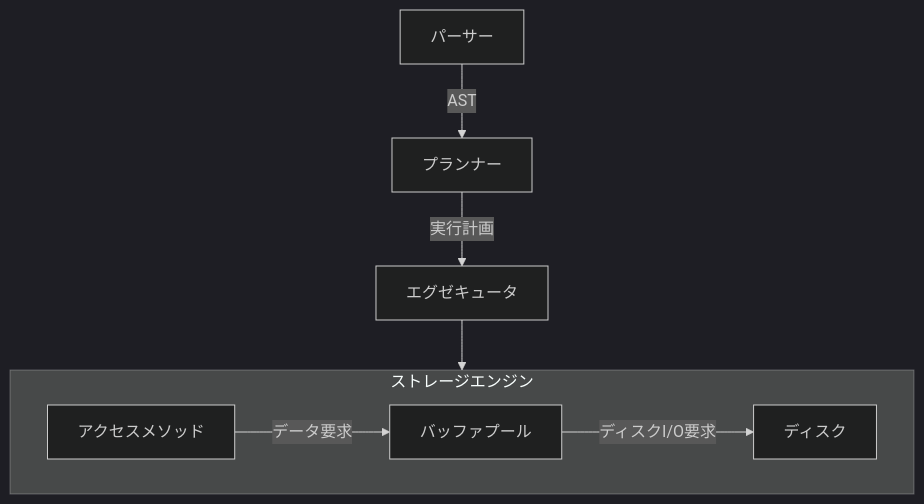
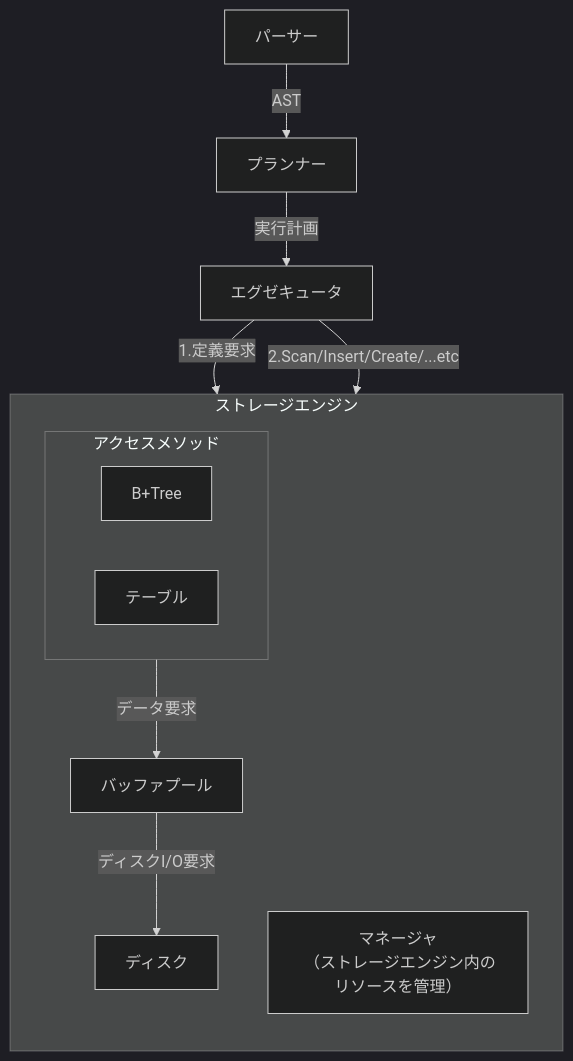
One commit to ren-yamanashi/minesql changed the diagram in docs/architecture/overview.md. Above: the diagram before and after it, drawn with Mermaid (dark theme). The commit also changed 2 other files, not shown here.

Commit message:
update architecture graph (#20)

````diff
--- a/docs/architecture/overview.md
+++ b/docs/architecture/overview.md
@@ -28,11 +28,18 @@
 ```mermaid
 graph TD
     parser[パーサー] --AST--> planner[プランナー]
     planner --実行計画-->executor[エグゼキュータ]
-    executor --> storageEngine
+    executor --1.定義要求--> manager[マネージャ]
+    executor --2.Scan/Insert/Create/...etc--> accessMethod[アクセスメソッド]
 
     subgraph storageEngine[ストレージエンジン]
+        direction TB
+        subgraph accessMethod[アクセスメソッド]
+            b-tree[B+Tree]
+            table[テーブル]
+        end
+        manager[マネージャ<br/> （ストレージエンジン内のリソースを管理）]
         accessMethod[アクセスメソッド] --データ要求-->bufferPool[バッファプール]
         bufferPool --ディスクI/O要求-->diskManager[ディスク]
     end
 ```
````
